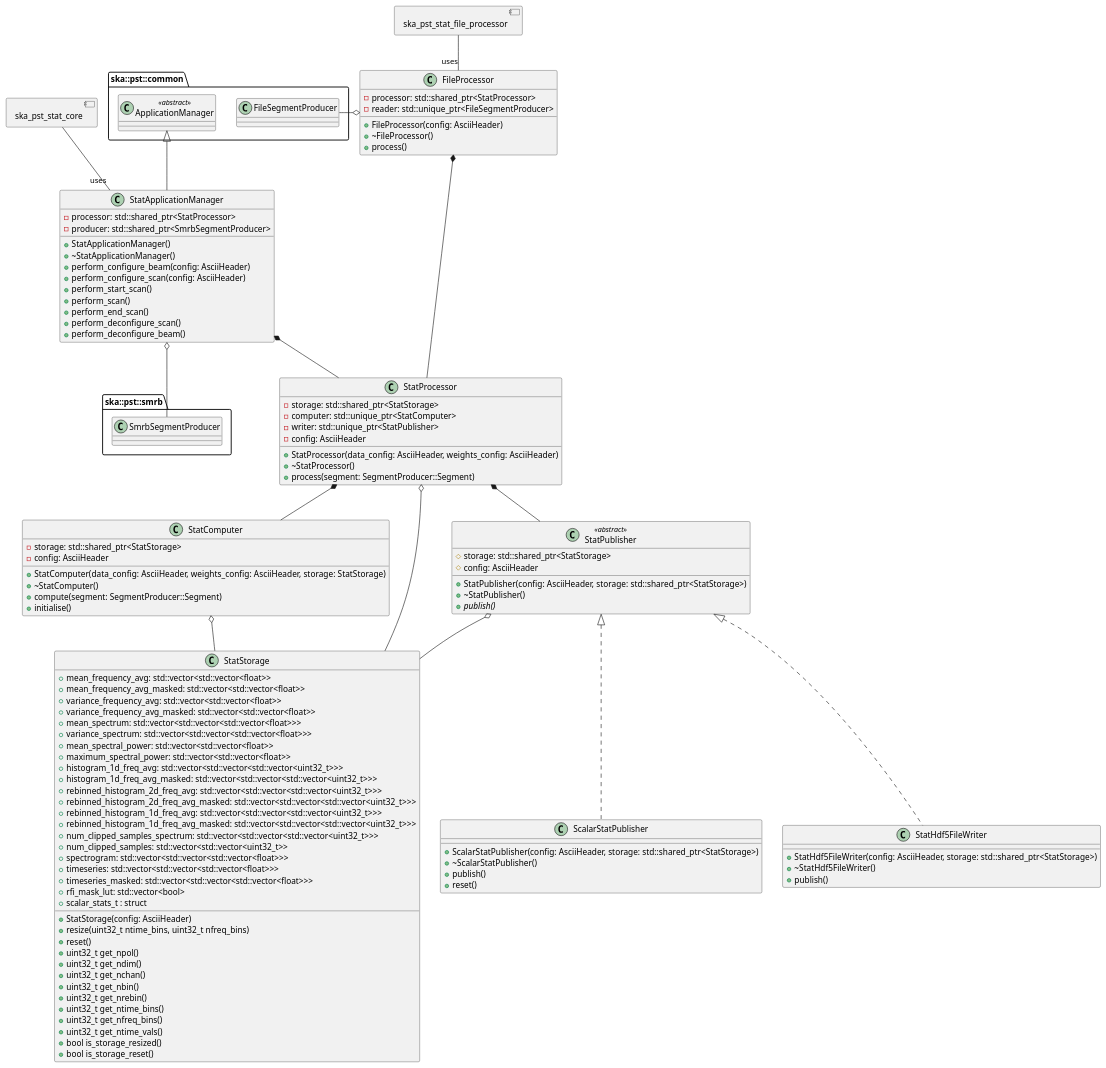
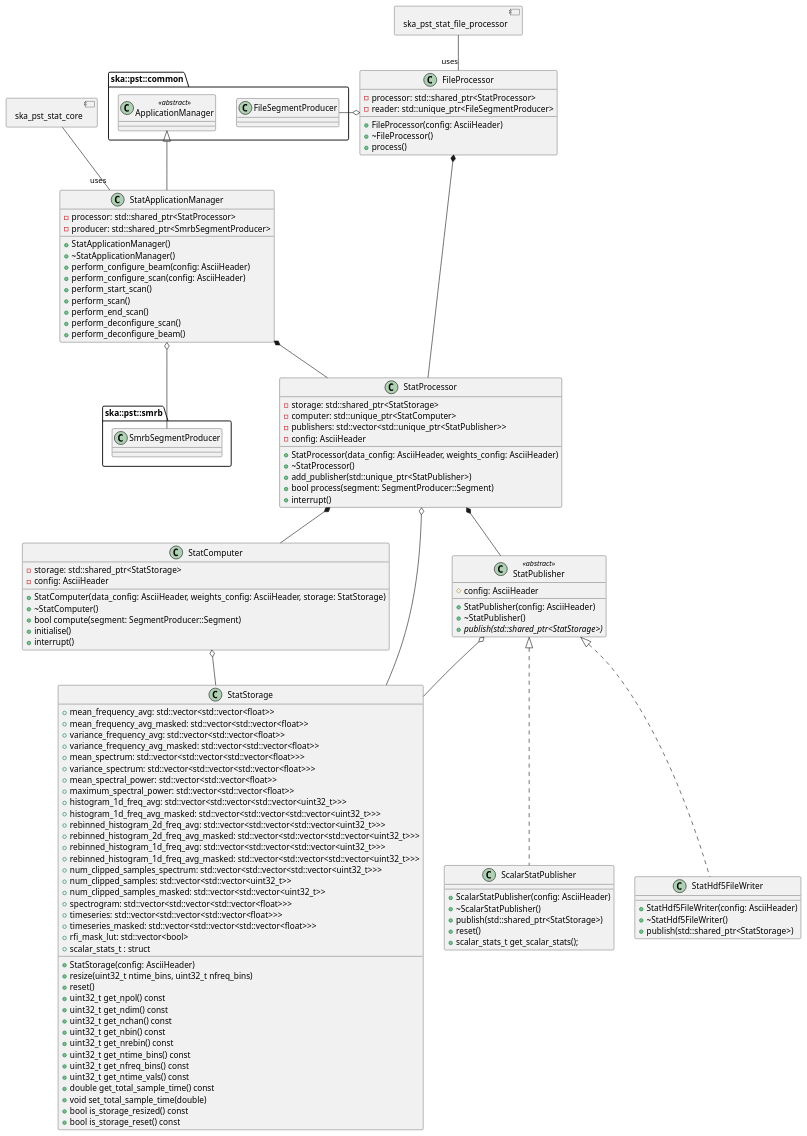
The diagram in docs/src/architecture/class_diagram.puml (ska-telescope/ska-pst-stat), drawn with PlantUML before and after one commit. The commit also changed 26 other files, not shown here.

Commit message:
AT3-551 refactor supporting multiple stat publishers

```diff
--- a/docs/src/architecture/class_diagram.puml
+++ b/docs/src/architecture/class_diagram.puml
@@ -1,132 +1,138 @@
 @startuml PST Stat Class Diagram
 allow_mixing
 
 package ska::pst::common
 {
   class ApplicationManager <<abstract>>
   class FileSegmentProducer
 }
 
 package ska::pst::smrb
 {
   class SmrbSegmentProducer
 }
 
 class StatApplicationManager {
   + StatApplicationManager()
   + ~StatApplicationManager()
   + perform_configure_beam(config: AsciiHeader)
   + perform_configure_scan(config: AsciiHeader)
   + perform_start_scan()
   + perform_scan()
   + perform_end_scan()
   + perform_deconfigure_scan()
   + perform_deconfigure_beam()
   - processor: std::shared_ptr<StatProcessor>
   - producer: std::shared_ptr<SmrbSegmentProducer>
 }
 
 class FileProcessor {
   + FileProcessor(config: AsciiHeader)
   + ~FileProcessor()
   + process()
   - processor: std::shared_ptr<StatProcessor>
   - reader: std::unique_ptr<FileSegmentProducer>
 }
 
 class StatProcessor {
   + StatProcessor(data_config: AsciiHeader, weights_config: AsciiHeader)
   + ~StatProcessor()
-  + process(segment: SegmentProducer::Segment)
+  + add_publisher(std::unique_ptr<StatPublisher>)
+  + bool process(segment: SegmentProducer::Segment)
+  + interrupt()
   - storage: std::shared_ptr<StatStorage>
   - computer: std::unique_ptr<StatComputer>
-  - writer: std::unique_ptr<StatPublisher>
+  - publishers: std::vector<std::unique_ptr<StatPublisher>>
   - config: AsciiHeader
 }
 
 class StatComputer {
   + StatComputer(data_config: AsciiHeader, weights_config: AsciiHeader, storage: StatStorage)
   + ~StatComputer()
-  + compute(segment: SegmentProducer::Segment)
+  + bool compute(segment: SegmentProducer::Segment)
   + initialise()
+  + interrupt()
   - storage: std::shared_ptr<StatStorage>
   - config: AsciiHeader
 }
 
 class StatStorage {
   + StatStorage(config: AsciiHeader)
   + resize(uint32_t ntime_bins, uint32_t nfreq_bins)
   + reset()
-  + uint32_t get_npol()
-  + uint32_t get_ndim()
-  + uint32_t get_nchan()
-  + uint32_t get_nbin()
-  + uint32_t get_nrebin()
-  + uint32_t get_ntime_bins()
-  + uint32_t get_nfreq_bins()
-  + uint32_t get_ntime_vals()
-  + bool is_storage_resized()
-  + bool is_storage_reset()
+  + uint32_t get_npol() const
+  + uint32_t get_ndim() const
+  + uint32_t get_nchan() const
+  + uint32_t get_nbin() const
+  + uint32_t get_nrebin() const
+  + uint32_t get_ntime_bins() const
+  + uint32_t get_nfreq_bins() const
+  + uint32_t get_ntime_vals() const
+  + double get_total_sample_time() const
+  + void set_total_sample_time(double)
+  + bool is_storage_resized() const
+  + bool is_storage_reset() const
   + mean_frequency_avg: std::vector<std::vector<float>>
   + mean_frequency_avg_masked: std::vector<std::vector<float>>
   + variance_frequency_avg: std::vector<std::vector<float>>
   + variance_frequency_avg_masked: std::vector<std::vector<float>>
   + mean_spectrum: std::vector<std::vector<std::vector<float>>>
   + variance_spectrum: std::vector<std::vector<std::vector<float>>>
   + mean_spectral_power: std::vector<std::vector<float>>
   + maximum_spectral_power: std::vector<std::vector<float>>
   + histogram_1d_freq_avg: std::vector<std::vector<std::vector<uint32_t>>>
   + histogram_1d_freq_avg_masked: std::vector<std::vector<std::vector<uint32_t>>>
   + rebinned_histogram_2d_freq_avg: std::vector<std::vector<std::vector<uint32_t>>>
   + rebinned_histogram_2d_freq_avg_masked: std::vector<std::vector<std::vector<uint32_t>>>
   + rebinned_histogram_1d_freq_avg: std::vector<std::vector<std::vector<uint32_t>>>
   + rebinned_histogram_1d_freq_avg_masked: std::vector<std::vector<std::vector<uint32_t>>>
   + num_clipped_samples_spectrum: std::vector<std::vector<std::vector<uint32_t>>>
   + num_clipped_samples: std::vector<std::vector<uint32_t>>
+  + num_clipped_samples_masked: std::vector<std::vector<uint32_t>>
   + spectrogram: std::vector<std::vector<std::vector<float>>>
   + timeseries: std::vector<std::vector<std::vector<float>>>
   + timeseries_masked: std::vector<std::vector<std::vector<float>>>
   + rfi_mask_lut: std::vector<bool>
   + scalar_stats_t : struct
 }
 
 class StatPublisher <<abstract>> {
-  # storage: std::shared_ptr<StatStorage>
   # config: AsciiHeader
-  + StatPublisher(config: AsciiHeader, storage: std::shared_ptr<StatStorage>)
+  + StatPublisher(config: AsciiHeader)
   + ~StatPublisher()
-  {abstract} + publish()
+  {abstract} + publish(std::shared_ptr<StatStorage>)
 }
 
 class ScalarStatPublisher implements StatPublisher {
-  + ScalarStatPublisher(config: AsciiHeader, storage: std::shared_ptr<StatStorage>)
+  + ScalarStatPublisher(config: AsciiHeader)
   + ~ScalarStatPublisher()
-  + publish()
+  + publish(std::shared_ptr<StatStorage>)
   + reset()
+  + scalar_stats_t get_scalar_stats();
 }
 
 class StatHdf5FileWriter implements StatPublisher {
-  + StatHdf5FileWriter(config: AsciiHeader, storage: std::shared_ptr<StatStorage>)
+  + StatHdf5FileWriter(config: AsciiHeader)
   + ~StatHdf5FileWriter()
-  + publish()
+  + publish(std::shared_ptr<StatStorage>)
 }
 
 StatProcessor *-- StatComputer
 StatProcessor *-- StatPublisher
 StatProcessor o-- StatStorage
 StatComputer o-- StatStorage
 StatPublisher o-- StatStorage
 
 ApplicationManager <|-- StatApplicationManager
 StatApplicationManager o-- SmrbSegmentProducer
 StatApplicationManager *-- StatProcessor
 
 FileProcessor *-- StatProcessor
 FileProcessor o- FileSegmentProducer
 
 component ska_pst_stat_core
 ska_pst_stat_core -- "uses" StatApplicationManager
 component ska_pst_stat_file_processor
 ska_pst_stat_file_processor -- "uses" FileProcessor
 
 @enduml
```
